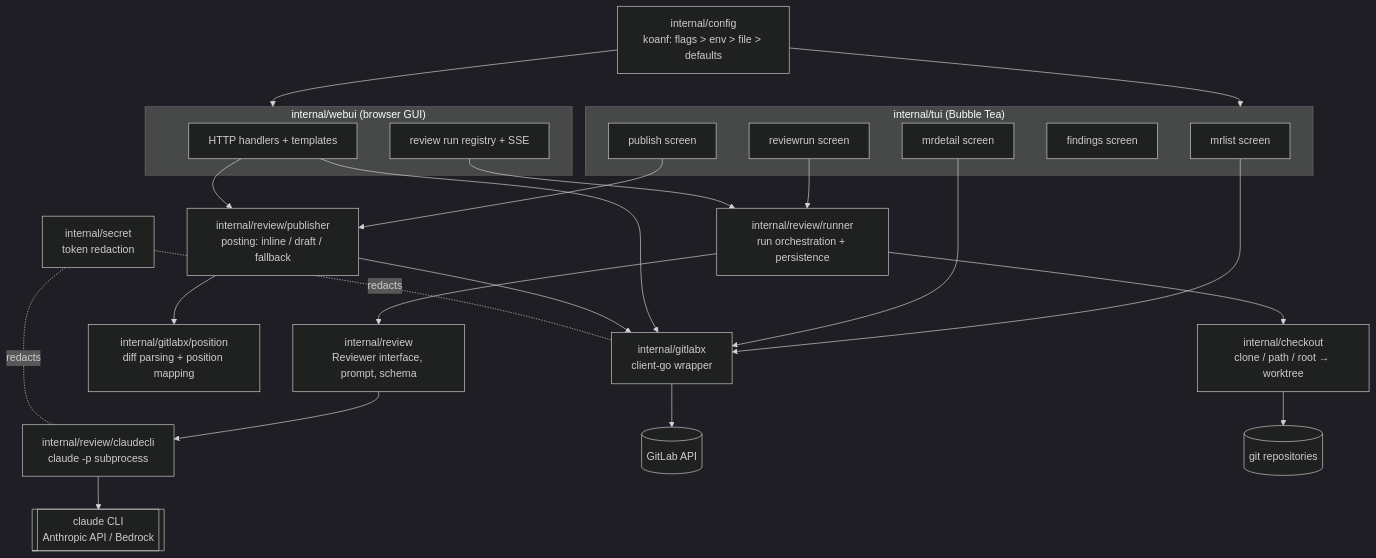
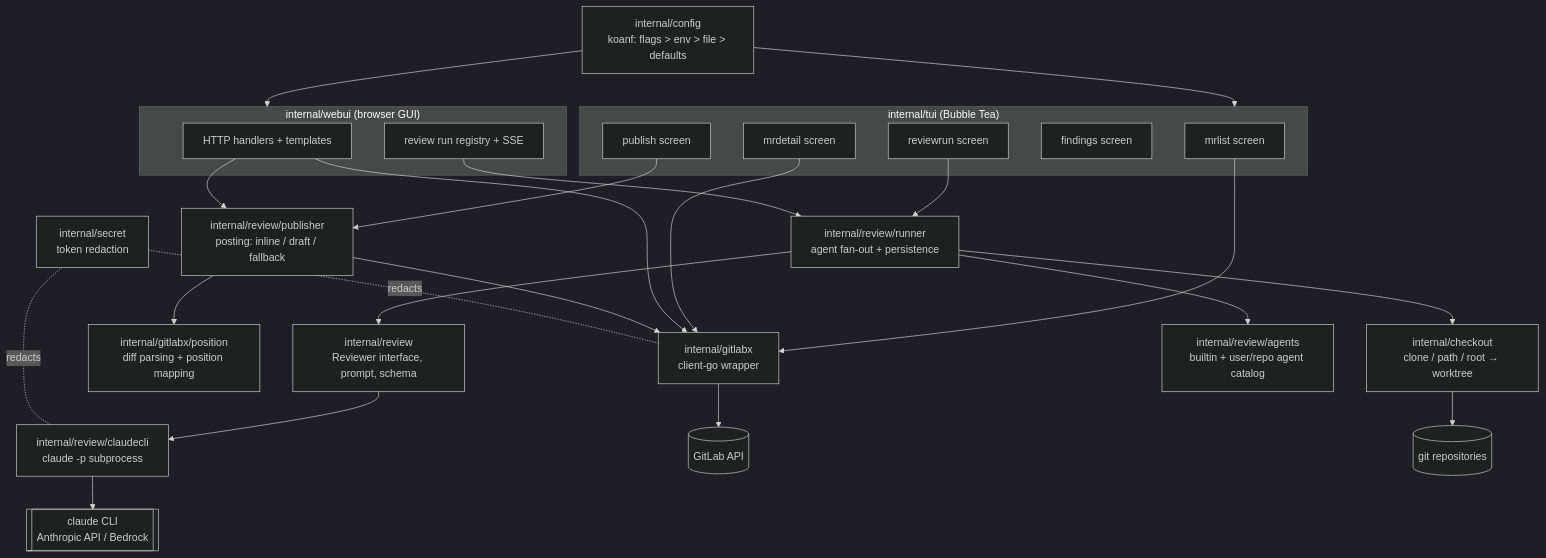
One commit to RobertYoung/gitlab-reviewer-cli changed the first of 2 diagrams in docs/architecture.md. Above: the diagram before and after it, drawn with Mermaid (dark theme). The commit also changed other lines of this file and 39 other files, not shown here.

First line of the commit message:
feat(review): make review agents pluggable and toggleable per scan

````diff
--- a/docs/architecture.md
+++ b/docs/architecture.md
@@ -20,49 +29,51 @@
 ```mermaid
 graph TD
     subgraph TUI["internal/tui (Bubble Tea)"]
         MRLIST[mrlist screen]
         MRDETAIL[mrdetail screen]
         REVIEWRUN[reviewrun screen]
         FINDINGS[findings screen]
         PUBLISH[publish screen]
     end
 
     subgraph WEBUI["internal/webui (browser GUI)"]
         HANDLERS[HTTP handlers + templates]
         SSE[review run registry + SSE]
     end
 
     CONFIG[internal/config<br/>koanf: flags > env > file > defaults]
     GITLABX[internal/gitlabx<br/>client-go wrapper]
     POSITION[internal/gitlabx/position<br/>diff parsing + position mapping]
     CHECKOUT[internal/checkout<br/>clone / path / root → worktree]
     REVIEW[internal/review<br/>Reviewer interface, prompt, schema]
-    RUNNER[internal/review/runner<br/>run orchestration + persistence]
+    AGENTS[internal/review/agents<br/>builtin + user/repo agent catalog]
+    RUNNER[internal/review/runner<br/>agent fan-out + persistence]
     PUBLISHER[internal/review/publisher<br/>posting: inline / draft / fallback]
     CLAUDECLI[internal/review/claudecli<br/>claude -p subprocess]
     SECRET[internal/secret<br/>token redaction]
 
     GITLAB[(GitLab API)]
     REPO[(git repositories)]
     CLAUDE[[claude CLI<br/>Anthropic API / Bedrock]]
 
     CONFIG --> TUI
     CONFIG --> WEBUI
     MRLIST --> GITLABX
     MRDETAIL --> GITLABX
     HANDLERS --> GITLABX
     REVIEWRUN --> RUNNER
     SSE --> RUNNER
     RUNNER --> CHECKOUT
     RUNNER --> REVIEW
+    RUNNER --> AGENTS
     PUBLISH --> PUBLISHER
     HANDLERS --> PUBLISHER
     PUBLISHER --> POSITION
     PUBLISHER --> GITLABX
     REVIEW --> CLAUDECLI
     GITLABX --> GITLAB
     CHECKOUT --> REPO
     CLAUDECLI --> CLAUDE
     SECRET -.redacts.- GITLABX
     SECRET -.redacts.- CLAUDECLI
 ```
````
